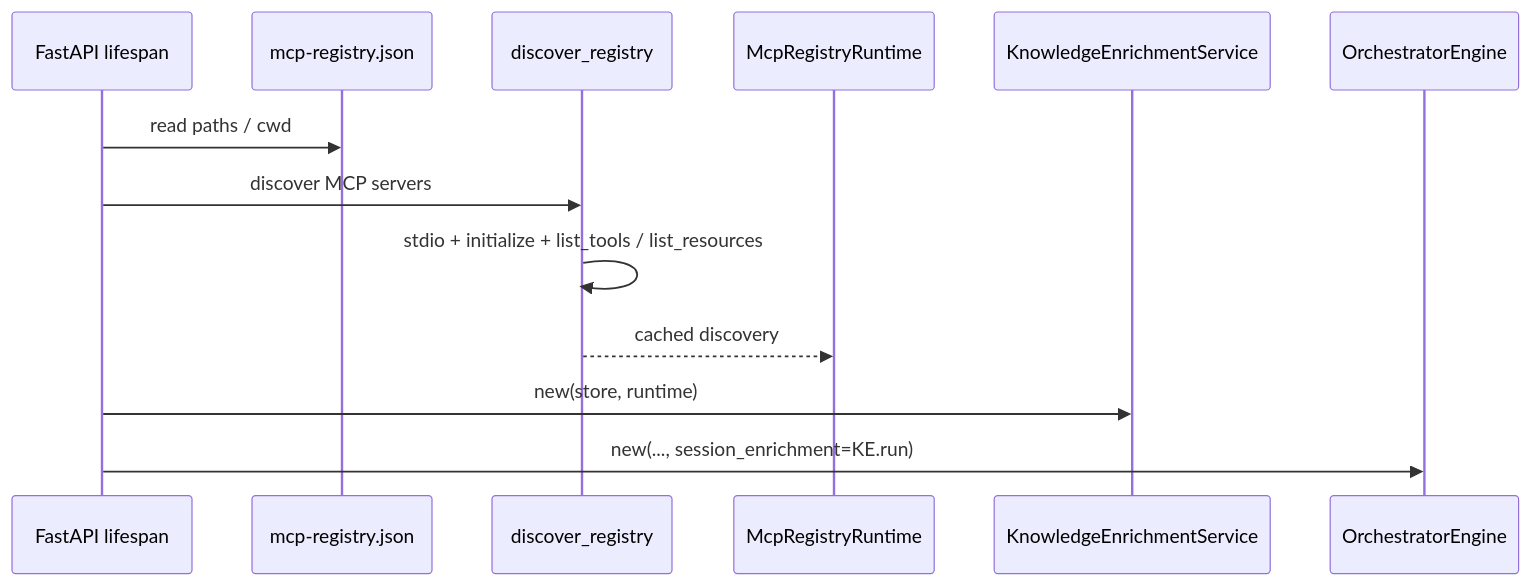
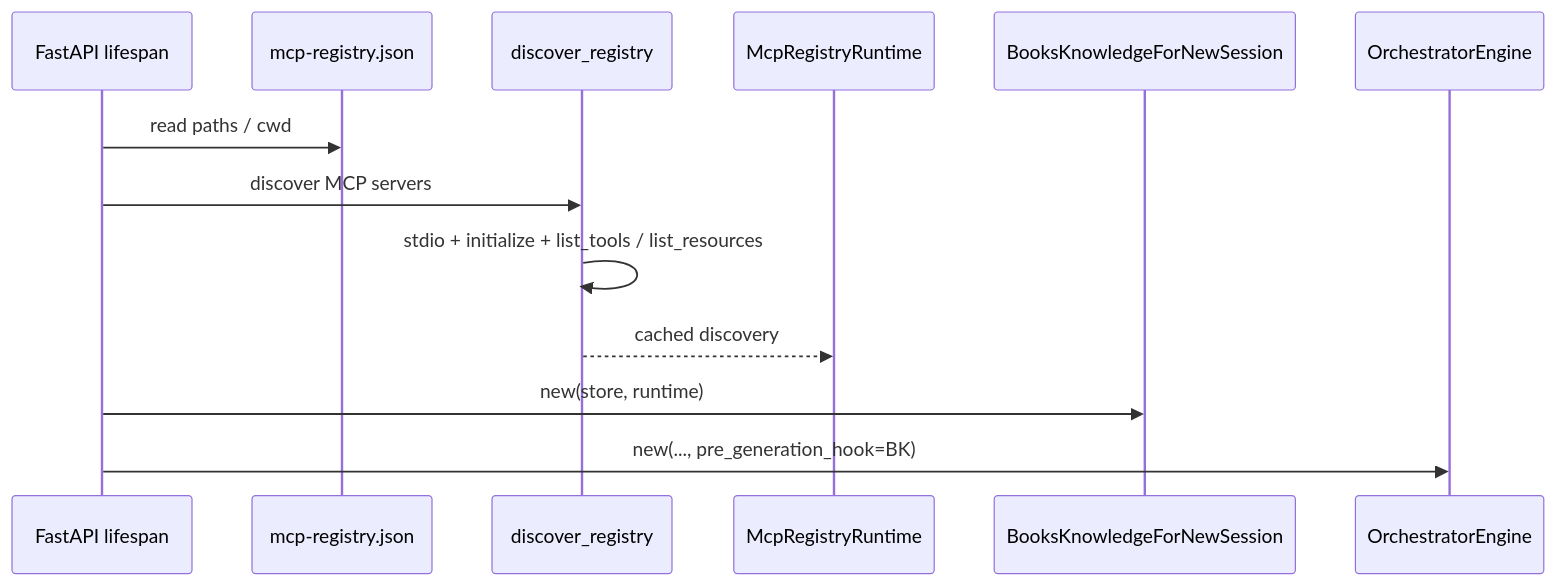
One commit to BobLeBuildeur/DiscordBot changed the second of 3 diagrams in services/orchestration-server/docs/overview.md. Above: the diagram before and after it, drawn with Mermaid. The commit also changed other lines of this file and 12 other files, not shown here.

````diff
--- a/services/orchestration-server/docs/overview.md
+++ b/services/orchestration-server/docs/overview.md
@@ -60,16 +60,16 @@
 ```mermaid
 sequenceDiagram
     participant App as FastAPI lifespan
     participant Reg as mcp-registry.json
     participant Disc as discover_registry
     participant RT as McpRegistryRuntime
-    participant KE as KnowledgeEnrichmentService
+    participant BK as BooksKnowledgeForNewSession
     participant Eng as OrchestratorEngine
 
     App->>Reg: read paths / cwd
     App->>Disc: discover MCP servers
     Disc->>Disc: stdio + initialize + list_tools / list_resources
     Disc-->>RT: cached discovery
-    App->>KE: new(store, runtime)
-    App->>Eng: new(..., session_enrichment=KE.run)
+    App->>BK: new(store, runtime)
+    App->>Eng: new(..., pre_generation_hook=BK)
 ```
````
